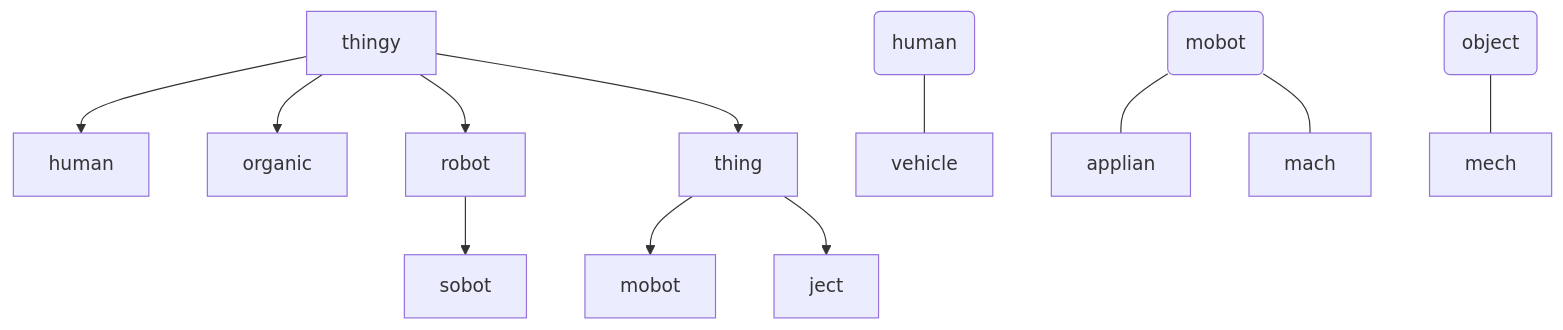
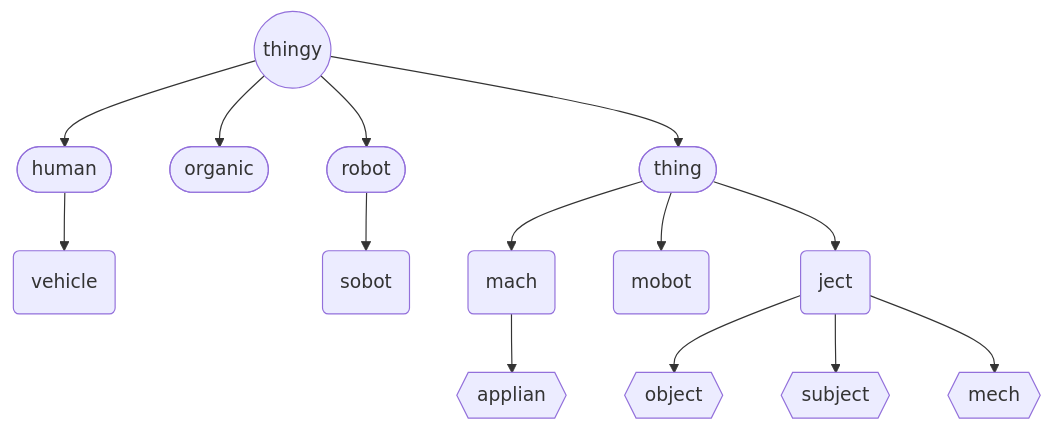
The first of 6 diagrams in docs/physic/_indextopic.md (roboticist-tav/diego_documentation), drawn with Mermaid before and after one commit. The commit also changed other lines of this file and 98 other files, not shown here.

````diff
--- a/docs/physic/_indextopic.md
+++ b/docs/physic/_indextopic.md
@@ -9,14 +9,16 @@
 ```mermaid
-flowchart TD
-    thingy --> human
-    thingy --> organic
-    thingy --> robot
-    robot --> sobot
-    thingy --> thing
-    thing --> mobot
-    thing --> ject
-    _human(human) --- vehicle
-    _mobot(mobot) --- applian
-    _mobot(mobot) --- mach
-    _object(object) --- mech
+    flowchart TD
+    thingy((thingy)) --> human([human])
+    thingy --> organic([organic])
+    thingy --> robot([robot])
+    thingy --> thing([thing])
+    human --> vehicle(vehicle)
+    robot --> sobot(sobot)
+    thing --> mach(mach)
+    thing --> mobot(mobot)
+    thing --> ject(ject)
+    mach --> applian{{applian}}
+    ject --> object{{object}}
+    ject --> subject{{subject}}
+    ject --> mech{{mech}}
 ```
````
